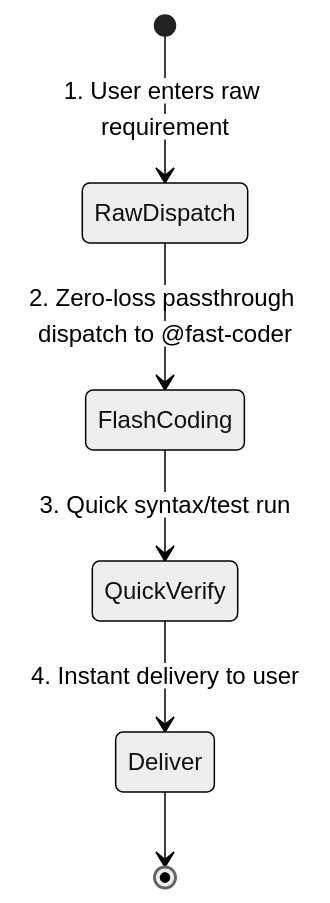
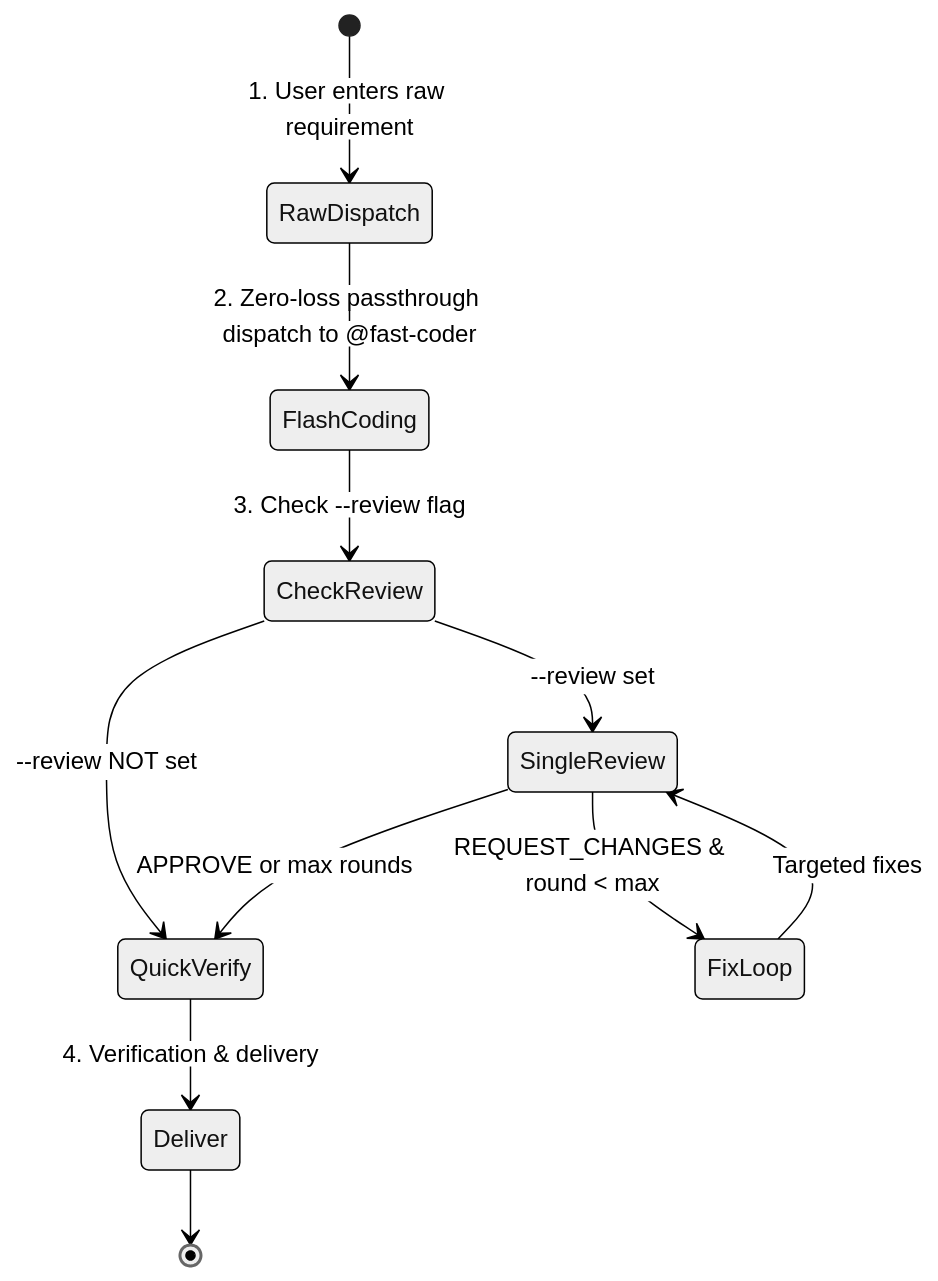
The diagram in skills/quick-dev/SKILL.md (kenlin8827/opencode-config), drawn with Mermaid (neutral theme) before and after one commit. The commit also changed other lines of this file and 39 other files, not shown here.

Commit message:
refactor(workflow): rename Dev Loop to Dev Flow — /fast-dev→/plan-dev, /deep-dev→/review-dev, v0.20.0

````diff
--- a/skills/quick-dev/SKILL.md
+++ b/skills/quick-dev/SKILL.md
@@ -16,8 +16,13 @@
 ```mermaid
 stateDiagram-v2
     [*] --> RawDispatch: 1. User enters raw requirement
     RawDispatch --> FlashCoding: 2. Zero-loss passthrough dispatch to @fast-coder
-    FlashCoding --> QuickVerify: 3. Quick syntax/test run
-    QuickVerify --> Deliver: 4. Instant delivery to user
+    FlashCoding --> CheckReview: 3. Check --review flag
+    CheckReview --> QuickVerify: --review NOT set
+    CheckReview --> SingleReview: --review set
+    SingleReview --> FixLoop: REQUEST_CHANGES & round < max
+    SingleReview --> QuickVerify: APPROVE or max rounds
+    FixLoop --> SingleReview: Targeted fixes
+    QuickVerify --> Deliver: 4. Verification & delivery
     Deliver --> [*]
 ```
````
